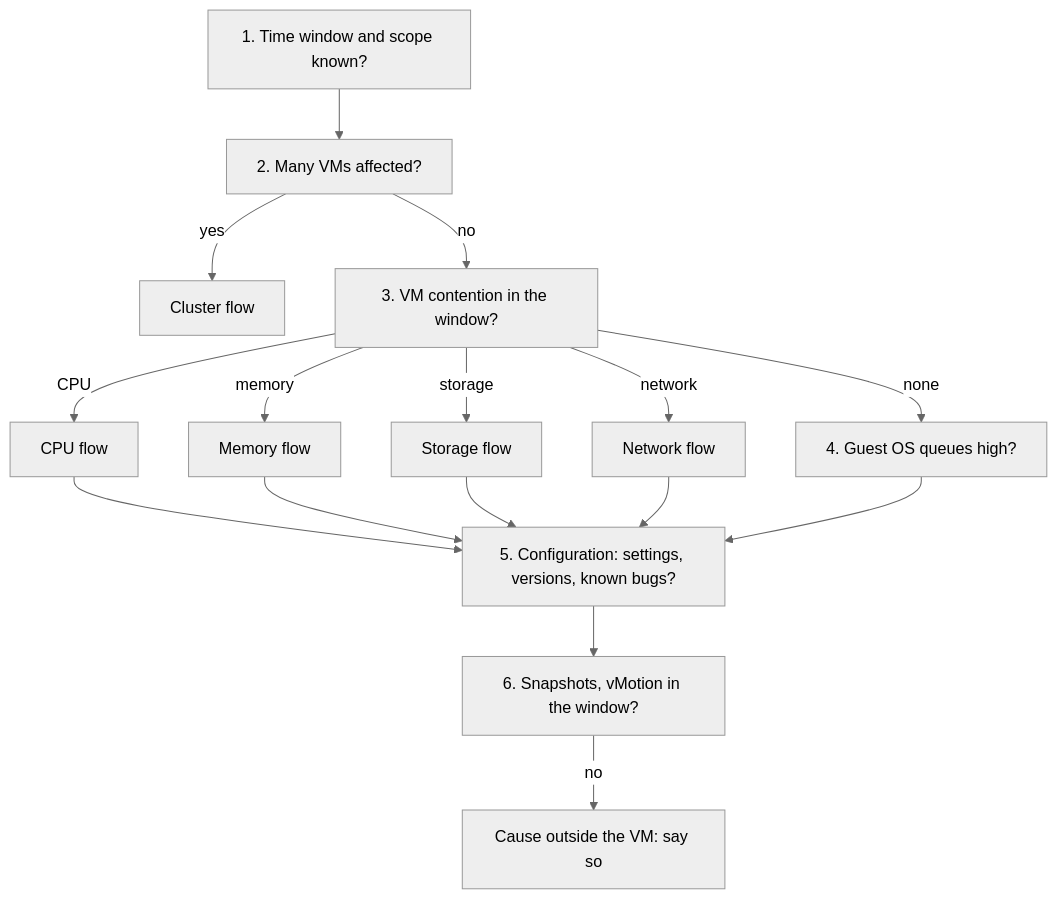
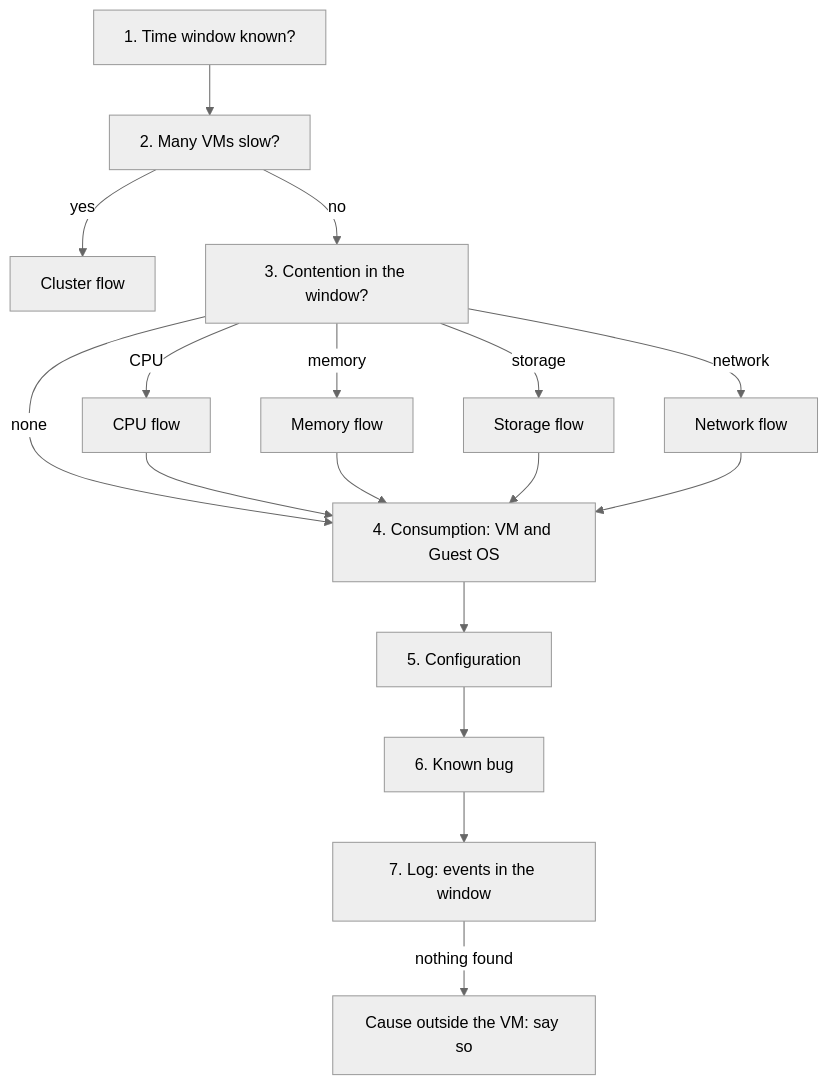
One commit to e1-rahabok/agent-e2 changed the diagram in knowledge/sp5-framework/performance/troubleshooting/vm-slow.md. Above: the diagram before and after it, drawn with Mermaid (neutral theme). The commit also changed other lines of this file and 1 other file, not shown here.

First line of the commit message:
Rewrite the VM slow flow in the slow order

````diff
--- a/knowledge/sp5-framework/performance/troubleshooting/vm-slow.md
+++ b/knowledge/sp5-framework/performance/troubleshooting/vm-slow.md
@@ -8,15 +8,16 @@
 ```mermaid
 flowchart TD
-  S1[1. Time window and scope known?] --> S2[2. Many VMs affected?]
+  S1[1. Time window known?] --> S2[2. Many VMs slow?]
   S2 -->|yes| E2[Cluster flow]
-  S2 -->|no| S3[3. VM contention in the window?]
+  S2 -->|no| S3[3. Contention in the window?]
   S3 -->|CPU| E3a[CPU flow]
   S3 -->|memory| E3b[Memory flow]
   S3 -->|storage| E3c[Storage flow]
   S3 -->|network| E3d[Network flow]
-  S3 -->|none| S4[4. Guest OS queues high?]
-  E3a & E3b & E3c & E3d --> S5
-  S4 --> S5[5. Configuration: settings, versions, known bugs?]
-  S5 --> S6[6. Snapshots, vMotion in the window?]
-  S6 -->|no| E6[Cause outside the VM: say so]
+  S3 -->|none| S4[4. Consumption: VM and Guest OS]
+  E3a & E3b & E3c & E3d --> S4
+  S4 --> S5[5. Configuration]
+  S5 --> S6[6. Known bug]
+  S6 --> S7[7. Log: events in the window]
+  S7 -->|nothing found| E7[Cause outside the VM: say so]
 ```
````
